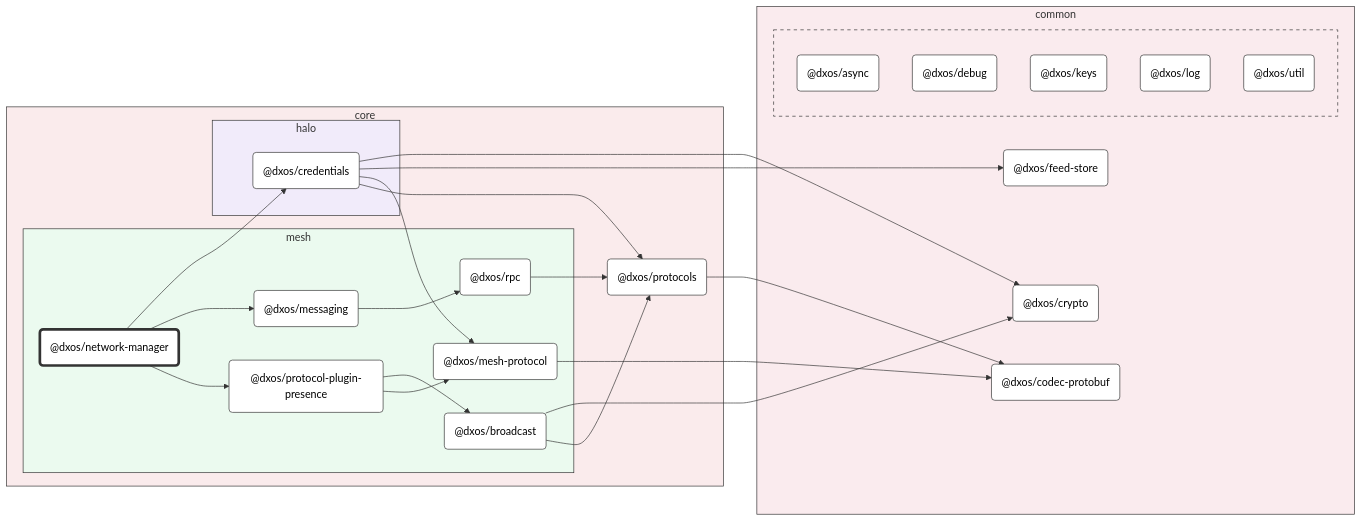
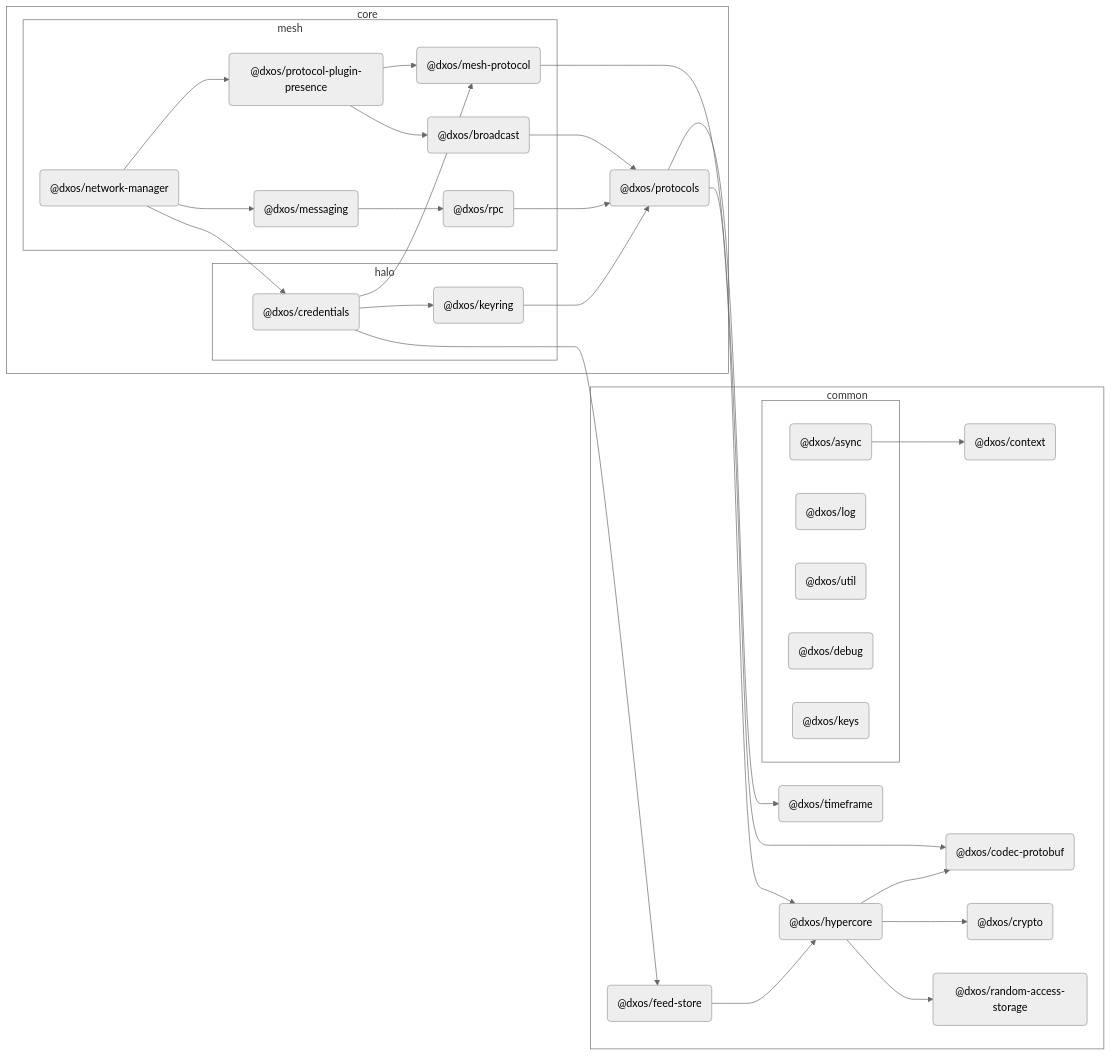
Before and after one commit to dxos/dxos: the second of 2 diagrams in packages/core/mesh/network-manager/docs/README.md, drawn with Mermaid (neutral theme). The commit also changed other lines of this file and 127 other files, not shown here.

````diff
--- a/packages/core/mesh/network-manager/docs/README.md
+++ b/packages/core/mesh/network-manager/docs/README.md
@@ -10,18 +127,18 @@
 flowchart LR
 
 %% Classes
-classDef def fill:#fff,stroke:#333,stroke-width:1px
-classDef root fill:#fff,stroke:#333,stroke-width:4px
+
+
 
 %% Nodes
 
 subgraph core [core]
-  style core fill:#faebec,stroke:#333
+  style core fill:transparent
   dxos/protocols("@dxos/protocols"):::def
   click dxos/protocols "dxos/dxos/tree/main/packages/core/protocols/docs"
 
   subgraph mesh [mesh]
-    style mesh fill:#ebfaef,stroke:#333
+    style mesh fill:transparent
     dxos/network-manager("@dxos/network-manager"):::root
     click dxos/network-manager "dxos/dxos/tree/main/packages/core/mesh/network-manager/docs"
     dxos/mesh-protocol("@dxos/mesh-protocol"):::def
@@ -37,51 +154,65 @@
   end
 
   subgraph halo [halo]
-    style halo fill:#f1ebfa,stroke:#333
+    style halo fill:transparent
     dxos/credentials("@dxos/credentials"):::def
     click dxos/credentials "dxos/dxos/tree/main/packages/core/halo/credentials/docs"
+    dxos/keyring("@dxos/keyring"):::def
+    click dxos/keyring "dxos/dxos/tree/main/packages/core/halo/keyring/docs"
   end
 end
 
 subgraph common [common]
-  style common fill:#faebee,stroke:#333
+  style common fill:transparent
+  dxos/context("@dxos/context"):::def
+  click dxos/context "dxos/dxos/tree/main/packages/common/context/docs"
   dxos/codec-protobuf("@dxos/codec-protobuf"):::def
   click dxos/codec-protobuf "dxos/dxos/tree/main/packages/common/codec-protobuf/docs"
   dxos/crypto("@dxos/crypto"):::def
   click dxos/crypto "dxos/dxos/tree/main/packages/common/crypto/docs"
   dxos/feed-store("@dxos/feed-store"):::def
   click dxos/feed-store "dxos/dxos/tree/main/packages/common/feed-store/docs"
+  dxos/hypercore("@dxos/hypercore"):::def
+  click dxos/hypercore "dxos/dxos/tree/main/packages/common/hypercore/docs"
+  dxos/random-access-storage("@dxos/random-access-storage"):::def
+  click dxos/random-access-storage "dxos/dxos/tree/main/packages/common/random-access-storage/docs"
+  dxos/timeframe("@dxos/timeframe"):::def
+  click dxos/timeframe "dxos/dxos/tree/main/packages/common/timeframe/docs"
 
   subgraph _ [ ]
-    style _ fill:#faebee,stroke:#333,stroke-dasharray:5 5
+    style _ fill:transparent
     dxos/async("@dxos/async"):::def
     click dxos/async "dxos/dxos/tree/main/packages/common/async/docs"
+    dxos/log("@dxos/log"):::def
+    click dxos/log "dxos/dxos/tree/main/packages/common/log/docs"
+    dxos/util("@dxos/util"):::def
+    click dxos/util "dxos/dxos/tree/main/packages/common/util/docs"
     dxos/debug("@dxos/debug"):::def
     click dxos/debug "dxos/dxos/tree/main/packages/common/debug/docs"
     dxos/keys("@dxos/keys"):::def
     click dxos/keys "dxos/dxos/tree/main/packages/common/keys/docs"
-    dxos/log("@dxos/log"):::def
-    click dxos/log "dxos/dxos/tree/main/packages/common/log/docs"
-    dxos/util("@dxos/util"):::def
-    click dxos/util "dxos/dxos/tree/main/packages/common/util/docs"
   end
 end
 
 %% Links
-linkStyle default stroke:#333,stroke-width:1px
+dxos/async --> dxos/context
 dxos/network-manager --> dxos/credentials
-dxos/credentials --> dxos/crypto
 dxos/credentials --> dxos/feed-store
+dxos/feed-store --> dxos/hypercore
+dxos/hypercore --> dxos/codec-protobuf
+dxos/hypercore --> dxos/crypto
+dxos/hypercore --> dxos/random-access-storage
+dxos/credentials --> dxos/keyring
+dxos/keyring --> dxos/protocols
+dxos/protocols --> dxos/hypercore
+dxos/protocols --> dxos/timeframe
 dxos/credentials --> dxos/mesh-protocol
 dxos/mesh-protocol --> dxos/codec-protobuf
-dxos/credentials --> dxos/protocols
-dxos/protocols --> dxos/codec-protobuf
 dxos/network-manager --> dxos/messaging
 dxos/messaging --> dxos/rpc
 dxos/rpc --> dxos/protocols
 dxos/network-manager --> dxos/protocol-plugin-presence
 dxos/protocol-plugin-presence --> dxos/broadcast
-dxos/broadcast --> dxos/crypto
 dxos/broadcast --> dxos/protocols
 dxos/protocol-plugin-presence --> dxos/mesh-protocol
 ```
````
